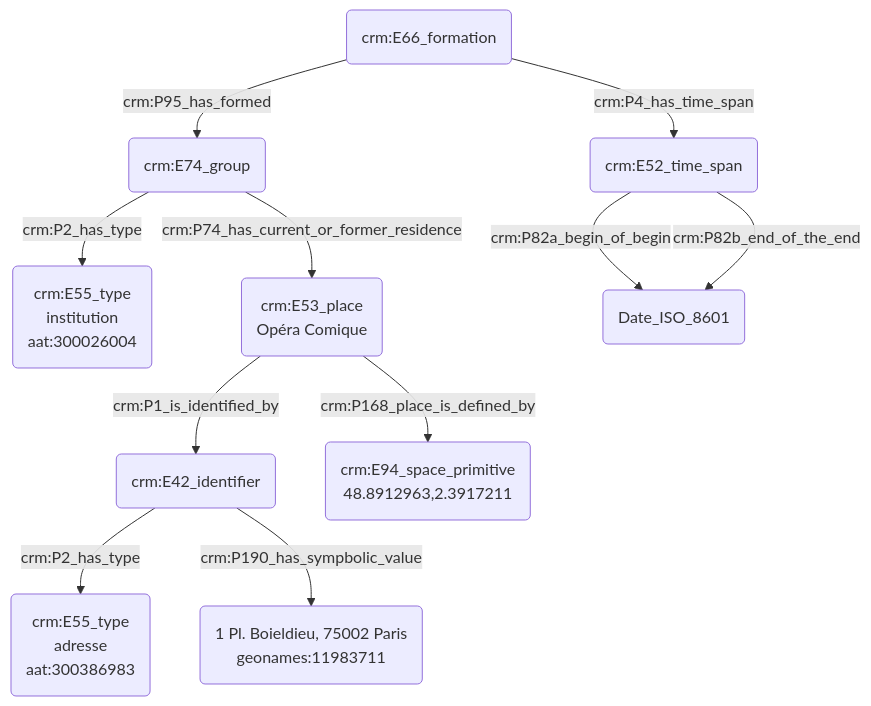
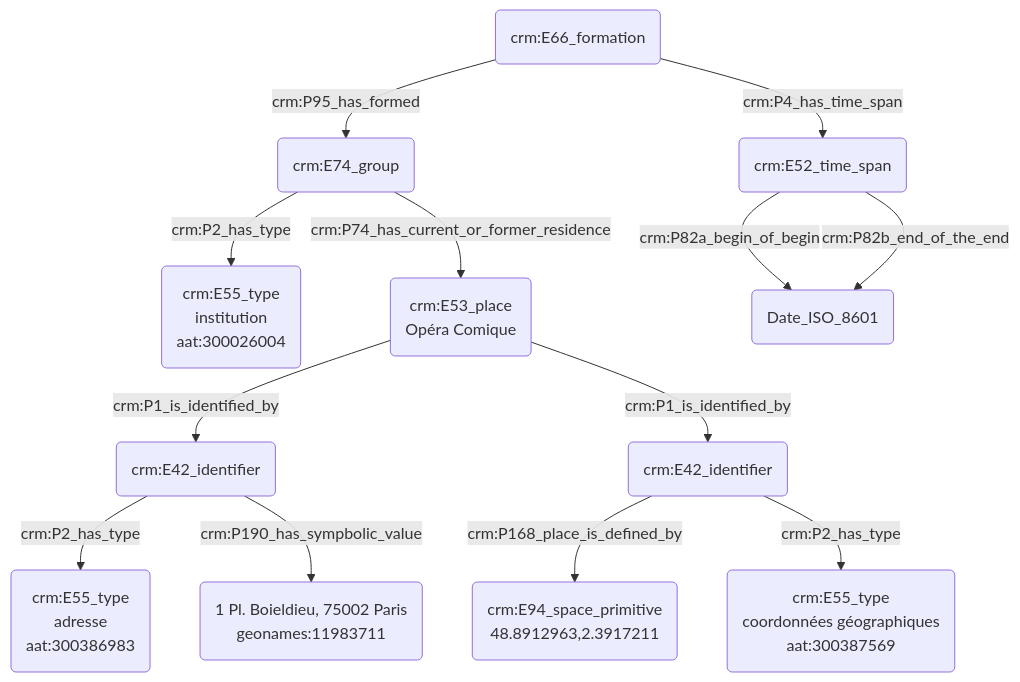
One commit to Amleth/consortium-musica2-gt2-ontologies changed the diagram in modules/livrables/Dossier 2/Prosopographie/modélisation d'une institution.md. Above: the diagram before and after it, drawn with Mermaid.

Commit message:
Update modélisation d'une institution.md

````diff
--- a/modules/livrables/Dossier 2/Prosopographie/modélisation d'une institution.md
+++ b/modules/livrables/Dossier 2/Prosopographie/modélisation d'une institution.md
@@ -17,16 +17,18 @@
 ```mermaid
 graph TD;
 
 A(crm:E74_group) -->|crm:P2_has_type| B(crm:E55_type<br>institution<br>aat:300026004)
 A(crm:E74_group) -->|crm:P74_has_current_or_former_residence| C(crm:E53_place<br>Opéra Comique)
 C(crm:E53_place<br>Opéra Comique) --> |crm:P1_is_identified_by| M(crm:E42_identifier)
-C(crm:E53_place<br>Opéra Comique) -->|crm:P168_place_is_defined_by| S(crm:E94_space_primitive<br>48.8912963,2.3917211)
+C(crm:E53_place<br>Opéra Comique) --> |crm:P1_is_identified_by| P(crm:E42_identifier)
+P(crm:E42_identifier) -->|crm:P168_place_is_defined_by| S(crm:E94_space_primitive<br>48.8912963,2.3917211)
+P(crm:E42_identifier) --> |crm:P2_has_type| Q(crm:E55_type<br>coordonnées géographiques<br>aat:300387569)
 M(crm:E42_identifier) --> |crm:P2_has_type| N(crm:E55_type<br>adresse<br>aat:300386983)
 M(crm:E42_identifier) --> |crm:P190_has_sympbolic_value| O(1 Pl. Boieldieu, 75002 Paris<br>geonames:11983711)
 
 G(crm:E66_formation)  -->|crm:P95_has_formed| A(crm:E74_group)
 G(crm:E66_formation) -->|crm:P4_has_time_span| E(crm:E52_time_span)
 E(crm:E52_time_span) -->|crm:P82a_begin_of_begin| F(Date_ISO_8601)
 E(crm:E52_time_span) -->|crm:P82b_end_of_the_end| F(Date_ISO_8601)
 
 ```
````
